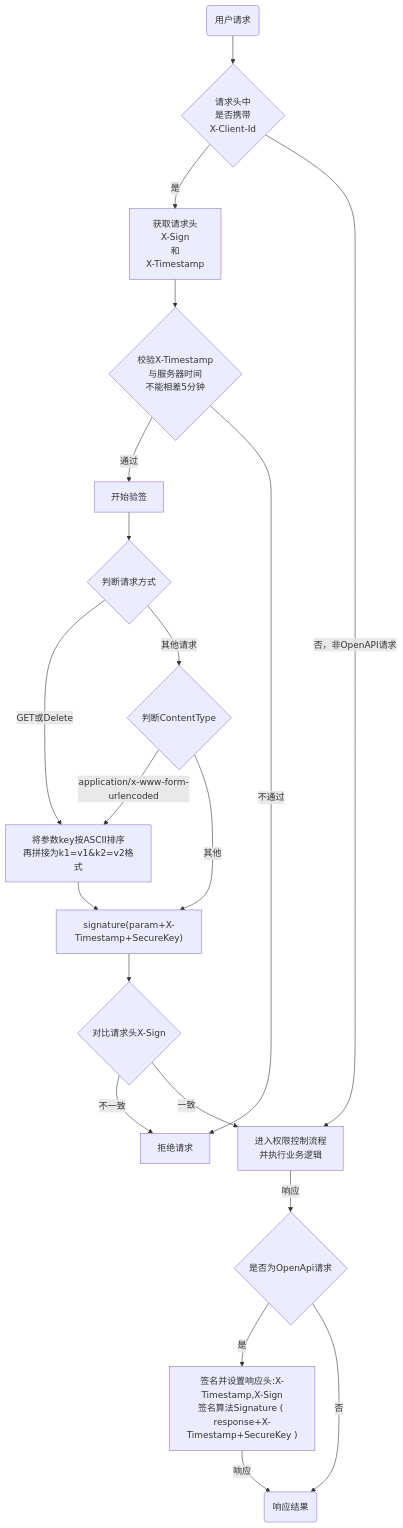
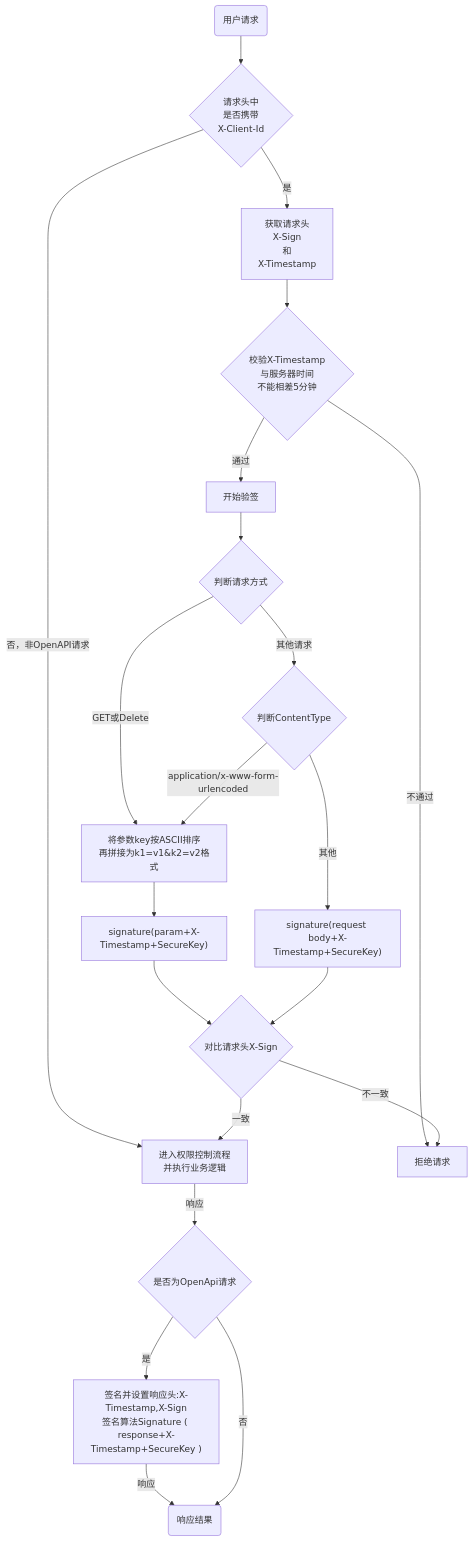
Before and after one commit to zeje/EviewCloudDoc: the diagram in src/zh/evmars/open-api.md, drawn with Mermaid. The commit also changed 1 other file, not shown here.

Commit message:
更新open-api签名流程图

````diff
--- a/src/zh/evmars/open-api.md
+++ b/src/zh/evmars/open-api.md
@@ -13,26 +13,27 @@
 ``` mermaid
 graph TD
 
 	userRequest(用户请求) --> xClientId{请求头中</br>是否携带</br>X-Client-Id}
 	xClientId --是--> getHeader[获取请求头</br>X-Sign</br>和</br>X-Timestamp]
     xClientId --"否，非OpenAPI请求"--> auth[进入权限控制流程</br>并执行业务逻辑]
     auth --响应--> open-api{是否为OpenApi请求}
     open-api --是--> setHeader["签名并设置响应头:X-Timestamp,X-Sign</br>签名算法Signature ( response+X-Timestamp+SecureKey )"]
     setHeader --响应--> response(响应结果)
     open-api --否--> response
 
 	getHeader --> checkHeader{校验X-Timestamp</br>与服务器时间</br>不能相差5分钟}
     checkHeader --通过--> checkSign[开始验签]
     checkHeader --不通过--> reject[拒绝请求]
 	checkSign --> httpMethod{判断请求方式}
     httpMethod --GET或Delete--> join[将参数key按ASCII排序</br>再拼接为k1=v1&k2=v2格式]
     httpMethod --其他请求--> contentType{判断ContentType}
     contentType --application/x-www-form-urlencoded--> join
-    contentType --其他--> signature["signature(param+X-Timestamp+SecureKey)"]
-    join --> signature
+    join --> signature["signature(param+X-Timestamp+SecureKey)"]
+    contentType --其他--> otherSignature["signature(request body+X-Timestamp+SecureKey)"]
 
     signature --> compare{对比请求头X-Sign}
+    otherSignature --> compare
     compare --不一致--> reject
     compare --一致--> auth
 
 ```
````
